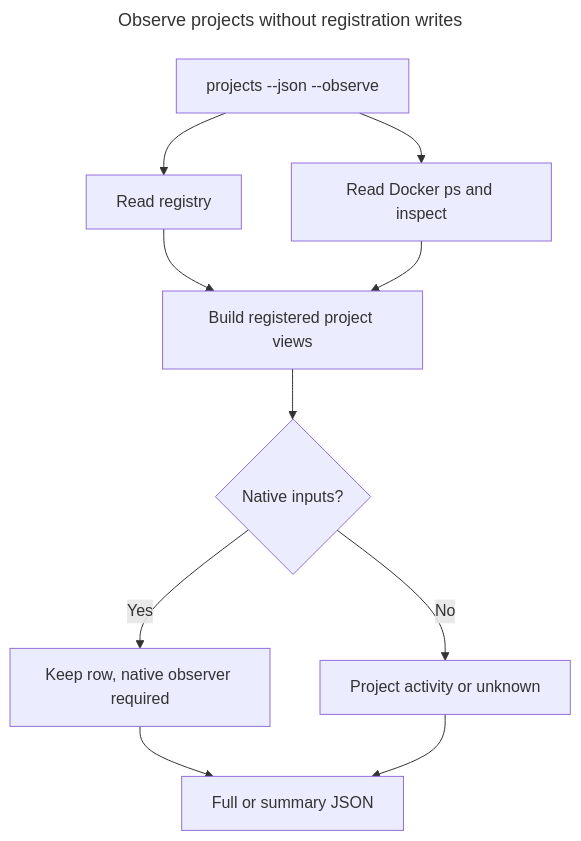
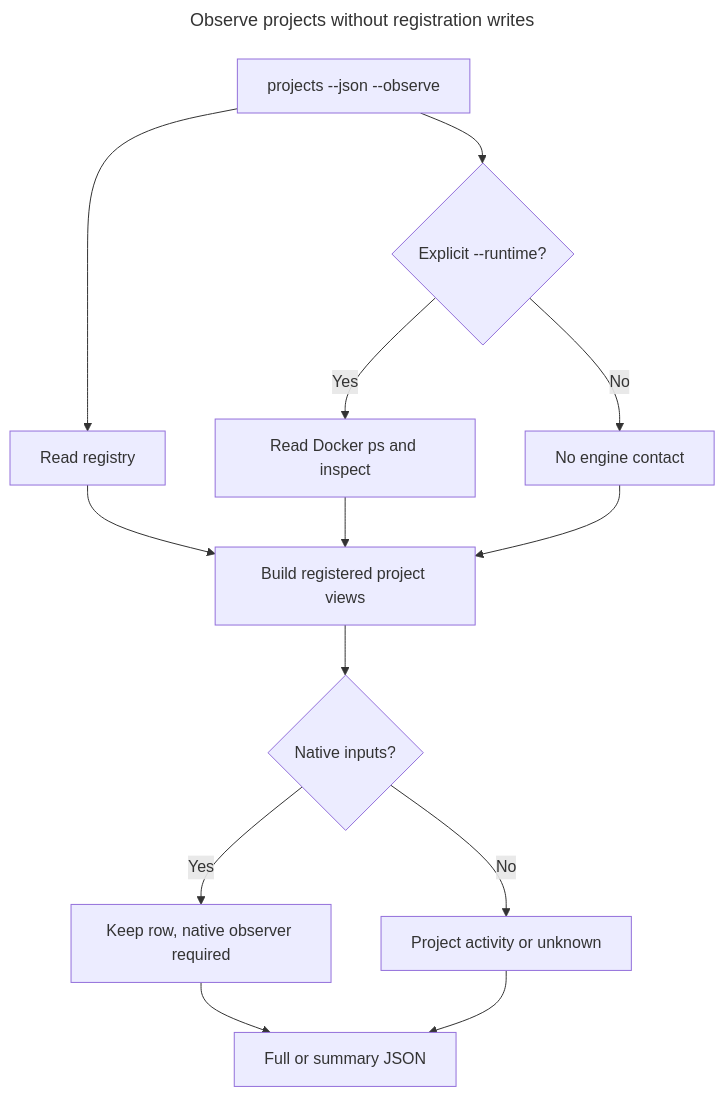
The diagram in docs/reference/projects-observe.mmd (hack-dance/hack), drawn with Mermaid before and after one commit. The commit also changed 7 other files, not shown here.

Commit message:
fix(projects): require explicit engine contact during observation

```diff
--- a/docs/reference/projects-observe.mmd
+++ b/docs/reference/projects-observe.mmd
@@ -1,13 +1,16 @@
 ---
 title: Observe projects without registration writes
 ---
 flowchart TD
   CLI[projects --json --observe] --> Registry[Read registry]
-  CLI --> Runtime[Read Docker ps and inspect]
+  CLI --> Opt{Explicit --runtime?}
+  Opt -->|Yes| Runtime[Read Docker ps and inspect]
+  Opt -->|No| NoRuntime[No engine contact]
   Registry --> Views[Build registered project views]
   Runtime --> Views
+  NoRuntime --> Views
   Views --> Native{Native inputs?}
   Native -->|Yes| Unknown[Keep row, native observer required]
   Native -->|No| Project[Project activity or unknown]
   Unknown --> JSON[Full or summary JSON]
   Project --> JSON
```
